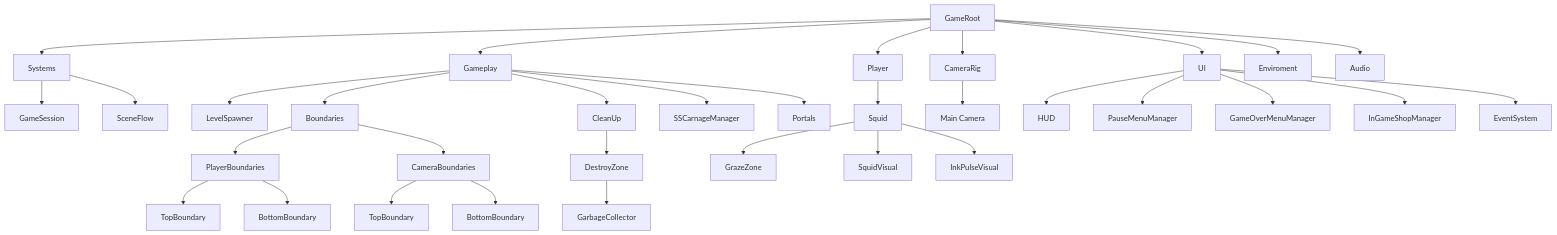
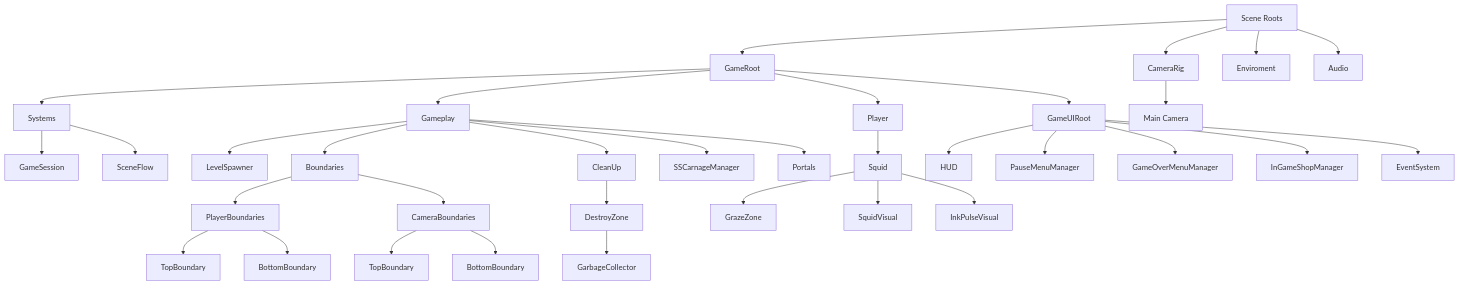
Before and after one commit to NicoCG32/Squid-Ink-Pulse-Public-Version: the first of 2 diagrams in Docs/ZonaEpipelagica.md, drawn with Mermaid. The commit also changed other lines of this file and 240 other files, not shown here.

````diff
--- a/Docs/ZonaEpipelagica.md
+++ b/Docs/ZonaEpipelagica.md
@@ -9,42 +9,45 @@
 ```mermaid
 flowchart TD
+    Scene[Scene Roots]
     GameRoot[GameRoot]
+
+    Scene --> GameRoot
+    Scene --> CameraRig[CameraRig]
+    Scene --> Enviroment[Enviroment]
+    Scene --> Audio[Audio]
 
     GameRoot --> Systems[Systems]
     GameRoot --> Gameplay[Gameplay]
     GameRoot --> Player[Player]
-    GameRoot --> CameraRig[CameraRig]
-    GameRoot --> UI[UI]
-    GameRoot --> Enviroment[Enviroment]
-    GameRoot --> Audio[Audio]
+    GameRoot --> GameUIRoot[GameUIRoot]
 
     Systems --> GameSession[GameSession]
     Systems --> SceneFlow[SceneFlow]
 
     Gameplay --> LevelSpawner[LevelSpawner]
     Gameplay --> Boundaries[Boundaries]
     Boundaries --> PlayerBoundaries[PlayerBoundaries]
     Boundaries --> CameraBoundaries[CameraBoundaries]
     PlayerBoundaries --> PlayerTop[TopBoundary]
     PlayerBoundaries --> PlayerBottom[BottomBoundary]
     CameraBoundaries --> CameraTop[TopBoundary]
     CameraBoundaries --> CameraBottom[BottomBoundary]
     Gameplay --> CleanUp[CleanUp]
     CleanUp --> DestroyZone[DestroyZone]
     DestroyZone --> GarbageCollector[GarbageCollector]
     Gameplay --> SSCarnageManager[SSCarnageManager]
     Gameplay --> Portals[Portals]
 
     Player --> Squid[Squid]
     Squid --> GrazeZone[GrazeZone]
     Squid --> SquidVisual[SquidVisual]
     Squid --> InkPulseVisual[InkPulseVisual]
 
     CameraRig --> MainCamera[Main Camera]
 
-    UI --> HUD[HUD]
-    UI --> PauseMenu[PauseMenuManager]
-    UI --> GameOverMenu[GameOverMenuManager]
-    UI --> ShopMenu[InGameShopManager]
-    UI --> EventSystem[EventSystem]
+    GameUIRoot --> HUD[HUD]
+    GameUIRoot --> PauseMenu[PauseMenuManager]
+    GameUIRoot --> GameOverMenu[GameOverMenuManager]
+    GameUIRoot --> ShopMenu[InGameShopManager]
+    GameUIRoot --> EventSystem[EventSystem]
 ```
````
